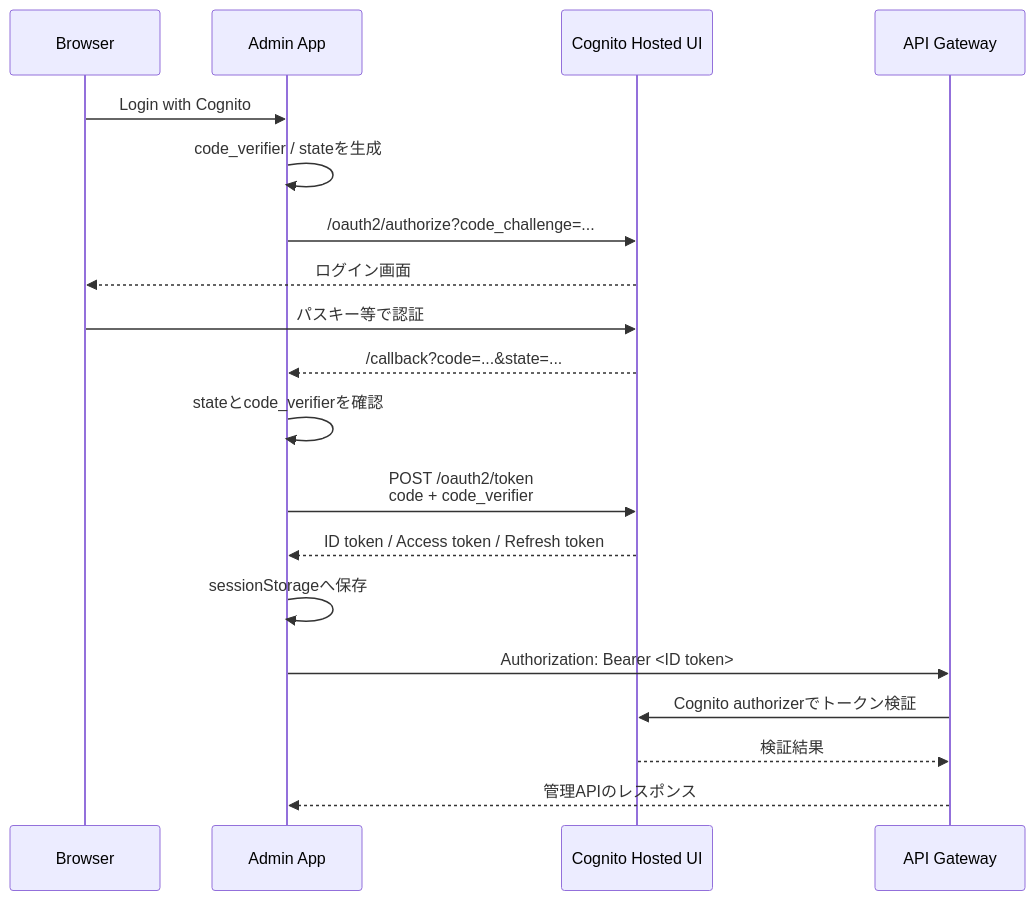
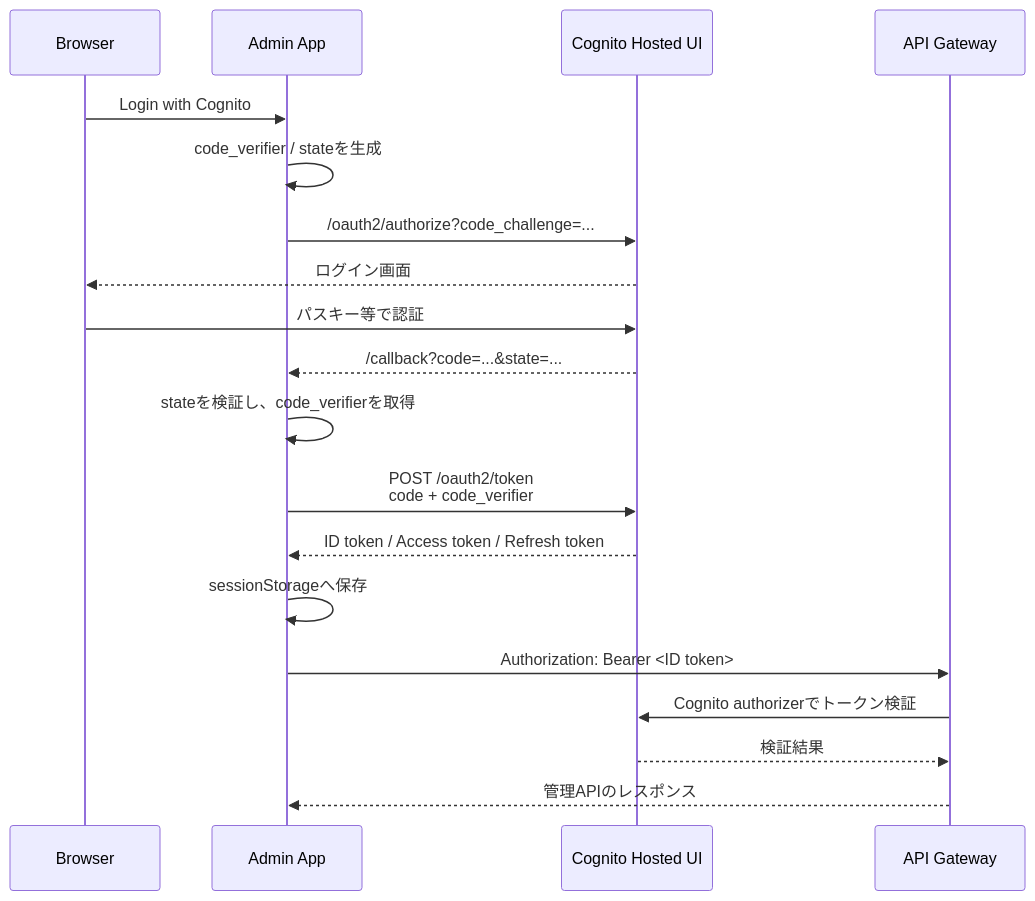
Before and after one commit to Kyoya67/kyo8-portfolio: the first of 2 diagrams in README.md, drawn with Mermaid. The commit also changed other lines of this file and 1 other file, not shown here.

Commit message:
feat: clarify token handling in authentication documentation and code comments

````diff
--- a/README.md
+++ b/README.md
@@ -75,22 +75,22 @@
 ```mermaid
 sequenceDiagram
     participant B as Browser
     participant A as Admin App
     participant C as Cognito Hosted UI
     participant API as API Gateway
 
     B->>A: Login with Cognito
     A->>A: code_verifier / stateを生成
     A->>C: /oauth2/authorize?code_challenge=...
     C-->>B: ログイン画面
     B->>C: パスキー等で認証
     C-->>A: /callback?code=...&state=...
-    A->>A: stateとcode_verifierを確認
+    A->>A: stateを検証し、code_verifierを取得
     A->>C: POST /oauth2/token<br/>code + code_verifier
     C-->>A: ID token / Access token / Refresh token
     A->>A: sessionStorageへ保存
     A->>API: Authorization: Bearer <ID token>
     API->>C: Cognito authorizerでトークン検証
     C-->>API: 検証結果
     API-->>A: 管理APIのレスポンス
 ```
````
